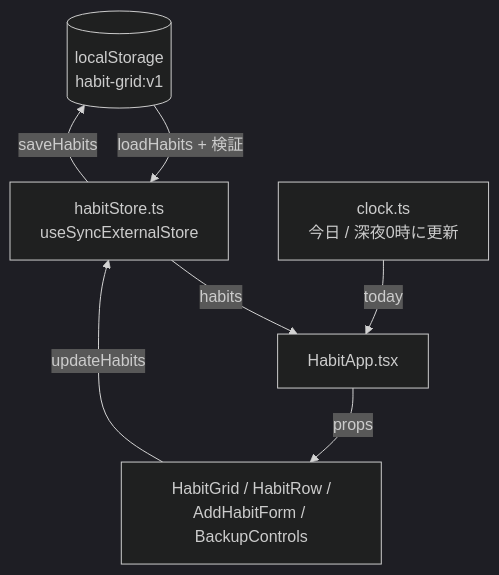
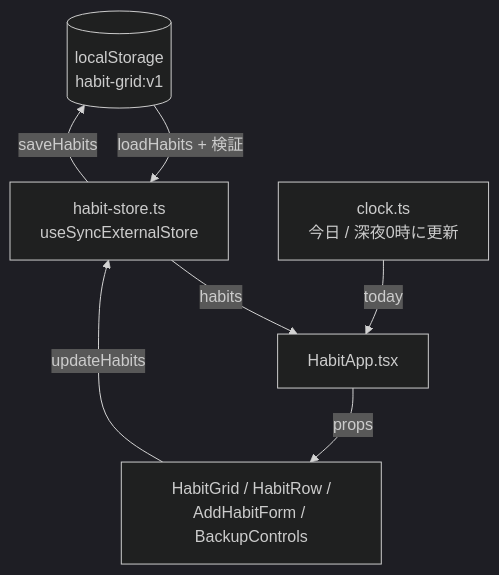
One commit to yuko0209/habit-grid changed the diagram in docs/overview.md. Above: the diagram before and after it, drawn with Mermaid (dark theme). The commit also changed other lines of this file and 3 other files, not shown here.

````diff
--- a/docs/overview.md
+++ b/docs/overview.md
@@ -75,15 +75,15 @@
 ```mermaid
 flowchart TD
     LS[(localStorage<br/>habit-grid:v1)]
-    Store[habitStore.ts<br/>useSyncExternalStore]
+    Store[habit-store.ts<br/>useSyncExternalStore]
     Clock[clock.ts<br/>今日 / 深夜0時に更新]
     App[HabitApp.tsx]
     UI[HabitGrid / HabitRow /<br/>AddHabitForm / BackupControls]
 
     LS -->|loadHabits + 検証| Store
     Store -->|habits| App
     Clock -->|today| App
     App -->|props| UI
     UI -->|updateHabits| Store
     Store -->|saveHabits| LS
 ```
````
